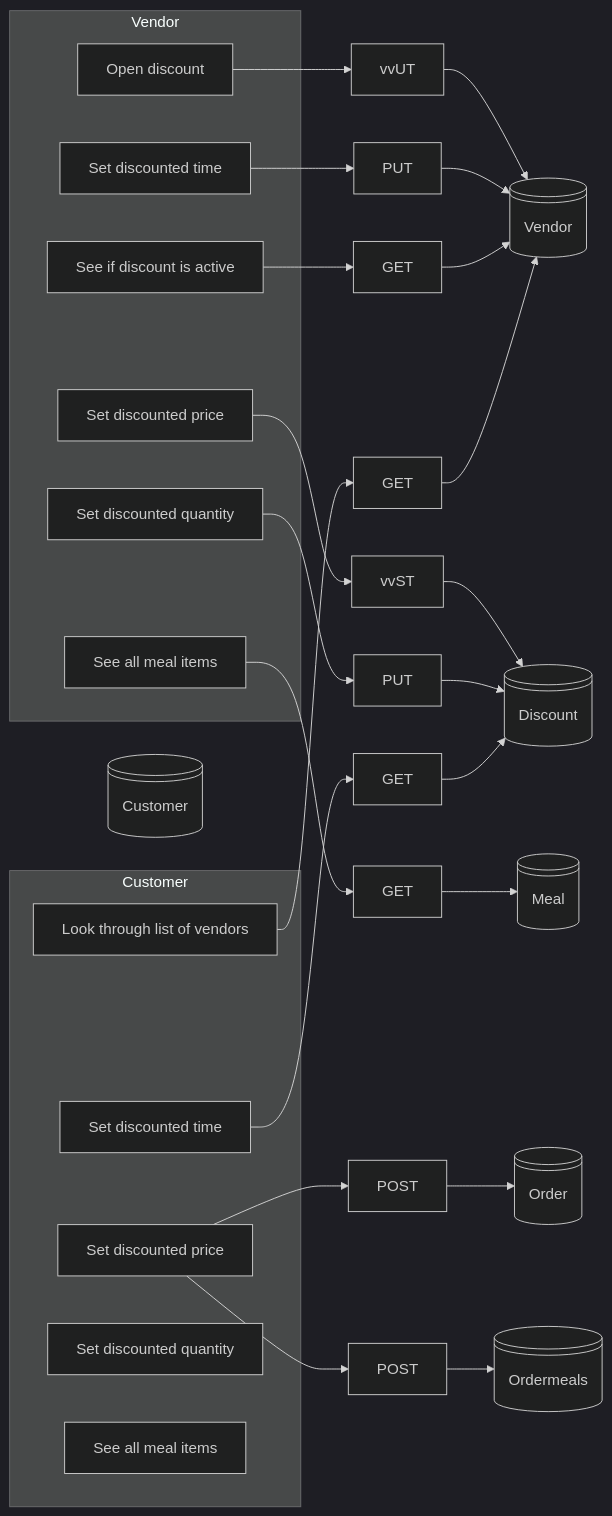
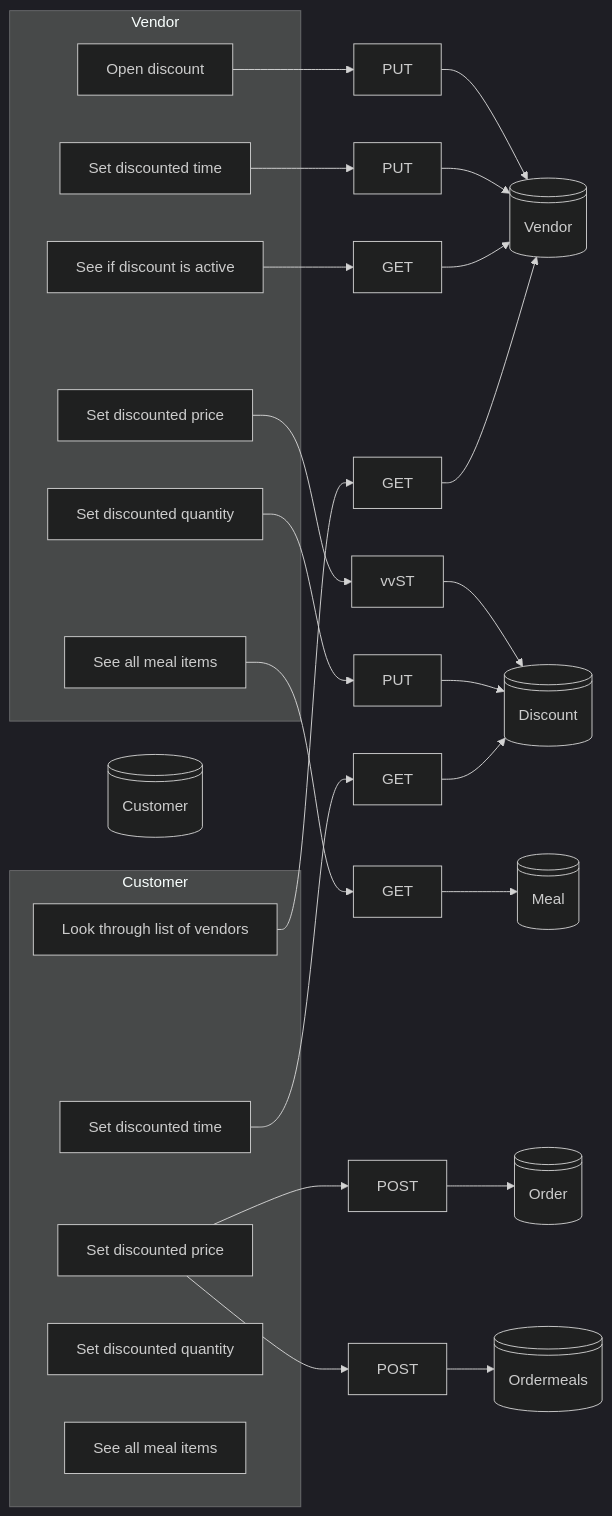
The diagram in flowchart.md (yichen0931/hacakthon), drawn with Mermaid (dark theme) before and after one commit. The commit also changed 3 other files, not shown here.

````diff
--- a/flowchart.md
+++ b/flowchart.md
@@ -2,48 +2,48 @@
 ``` mermaid
 flowchart LR
 
 subgraph v0["Vendor"]
     v1["Open discount"]
     v2["Set discounted time"]
     v3["Set discounted price"]
     v4["Set discounted quantity"]
     v5["See all meal items"]
     v6["See if discount is active"]
 end
 
 subgraph c0["Customer"]
 	c1["Look through list of vendors"]
     c2["Set discounted time"]
     c3["Set discounted price"]
 	c4["Set discounted quantity"]
 	c5["See all meal items"]
 end
 
     customer["Customer"]
     order["Order"]
 	vendor["Vendor"]
 	meal["Meal"]
 	discount["Discount"]
     ordermeals["Ordermeals"]
     
 	customer@{ shape: disk}
     order@{ shape: disk}
     vendor@{ shape: disk}
 	meal@{shape: disk}
 	discount@{shape: disk}
     ordermeals@{ shape: disk}
 
 
-v1 --> vv1["vvUT"] --> vendor
+v1 --> vv1["PUT"] --> vendor
 v2 --> vv2["PUT"] --> vendor
 v3 --> vv3[" vvST"] --> discount
 v4 --> vv4["PUT"] --> discount
 v5 --> vv5["GET"] --> meal
 v6 --> vv6["GET"] --> vendor
 
 c1 --> cc1["GET"] --> vendor
 c2 --> cc2["GET"] --> discount
 c3 --> cc3["POST"] --> order
 c3 --> cc4["POST"] --> ordermeals
 
 ```
````
